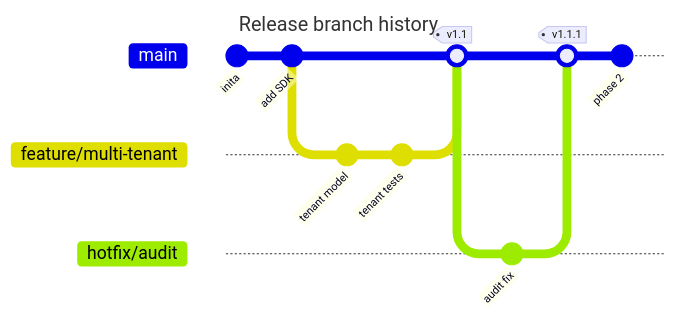
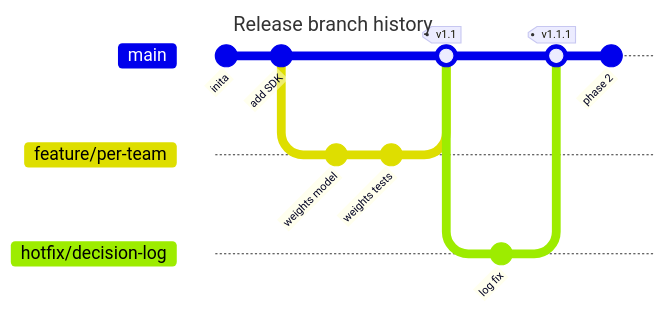
Diagram 11 of 25 in lib/components/diagram/diagram/diagram.gallery.md (SlideWright/lattice), drawn with Mermaid before and after one commit. The commit also changed other lines of this file and 81 other files, not shown here.

````diff
--- a/lib/components/diagram/diagram/diagram.gallery.md
+++ b/lib/components/diagram/diagram/diagram.gallery.md
@@ -335,19 +335,19 @@
 ```mermaid
 ---
 title: Release branch history
 ---
 gitGraph
   commit id: "inita"
   commit id: "add SDK"
-  branch feature/multi-tenant
-  checkout feature/multi-tenant
-  commit id: "tenant model"
-  commit id: "tenant tests"
+  branch feature/per-team
+  checkout feature/per-team
+  commit id: "weights model"
+  commit id: "weights tests"
   checkout main
-  merge feature/multi-tenant tag: "v1.1"
-  branch hotfix/audit
-  commit id: "audit fix"
+  merge feature/per-team tag: "v1.1"
+  branch hotfix/decision-log
+  commit id: "log fix"
   checkout main
-  merge hotfix/audit tag: "v1.1.1"
+  merge hotfix/decision-log tag: "v1.1.1"
   commit id: "phase 2"
 ```
````
